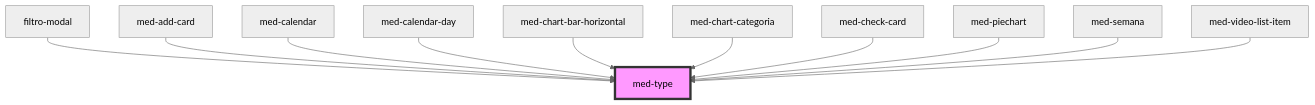
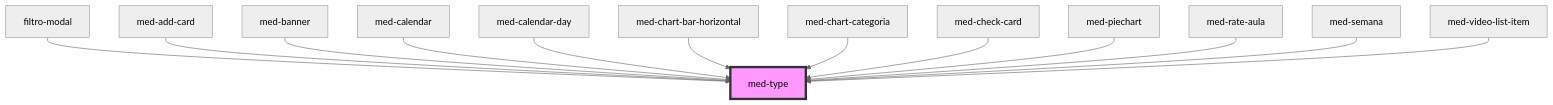
The diagram in core/src/components/@medgrupo/core/med-type/readme.md (MEDGRUPOGIT/ionic-framework-1), drawn with Mermaid (neutral theme) before and after one commit. The commit also changed other lines of this file and 57 other files, not shown here.

````diff
--- a/core/src/components/@medgrupo/core/med-type/readme.md
+++ b/core/src/components/@medgrupo/core/med-type/readme.md
@@ -33,14 +35,16 @@
 ```mermaid
 graph TD;
   filtro-modal --> med-type
   med-add-card --> med-type
+  med-banner --> med-type
   med-calendar --> med-type
   med-calendar-day --> med-type
   med-chart-bar-horizontal --> med-type
   med-chart-categoria --> med-type
   med-check-card --> med-type
   med-piechart --> med-type
+  med-rate-aula --> med-type
   med-semana --> med-type
   med-video-list-item --> med-type
   style med-type fill:#f9f,stroke:#333,stroke-width:4px
 ```
````
